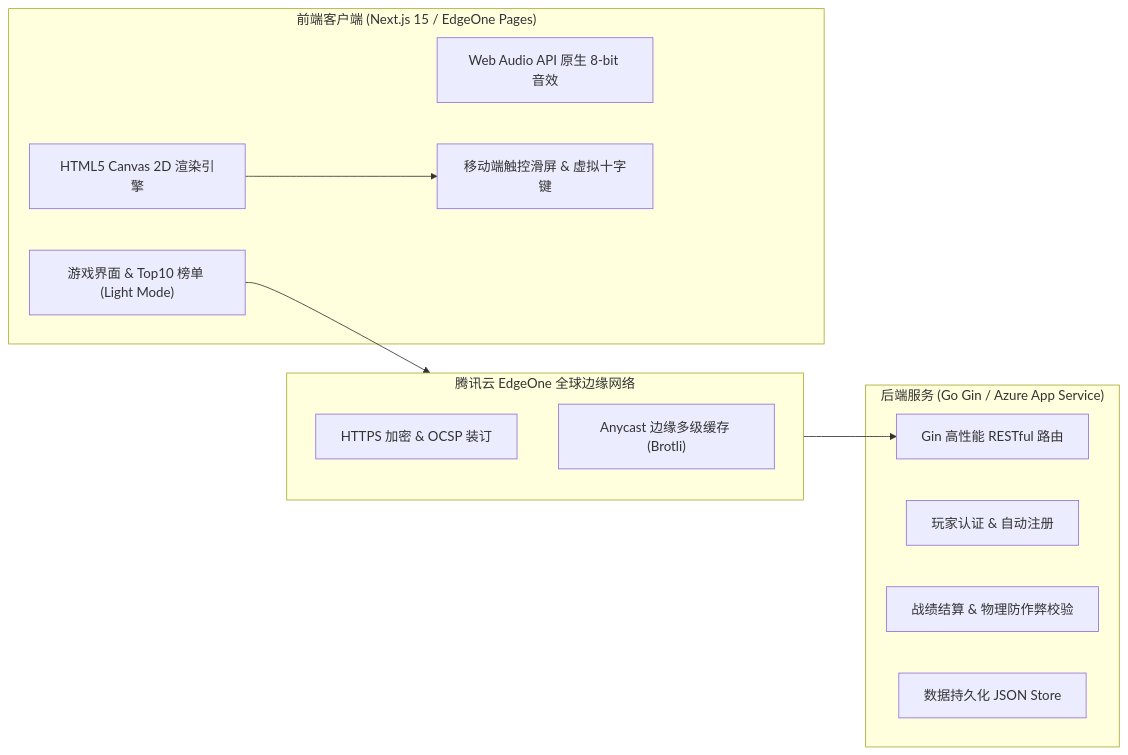
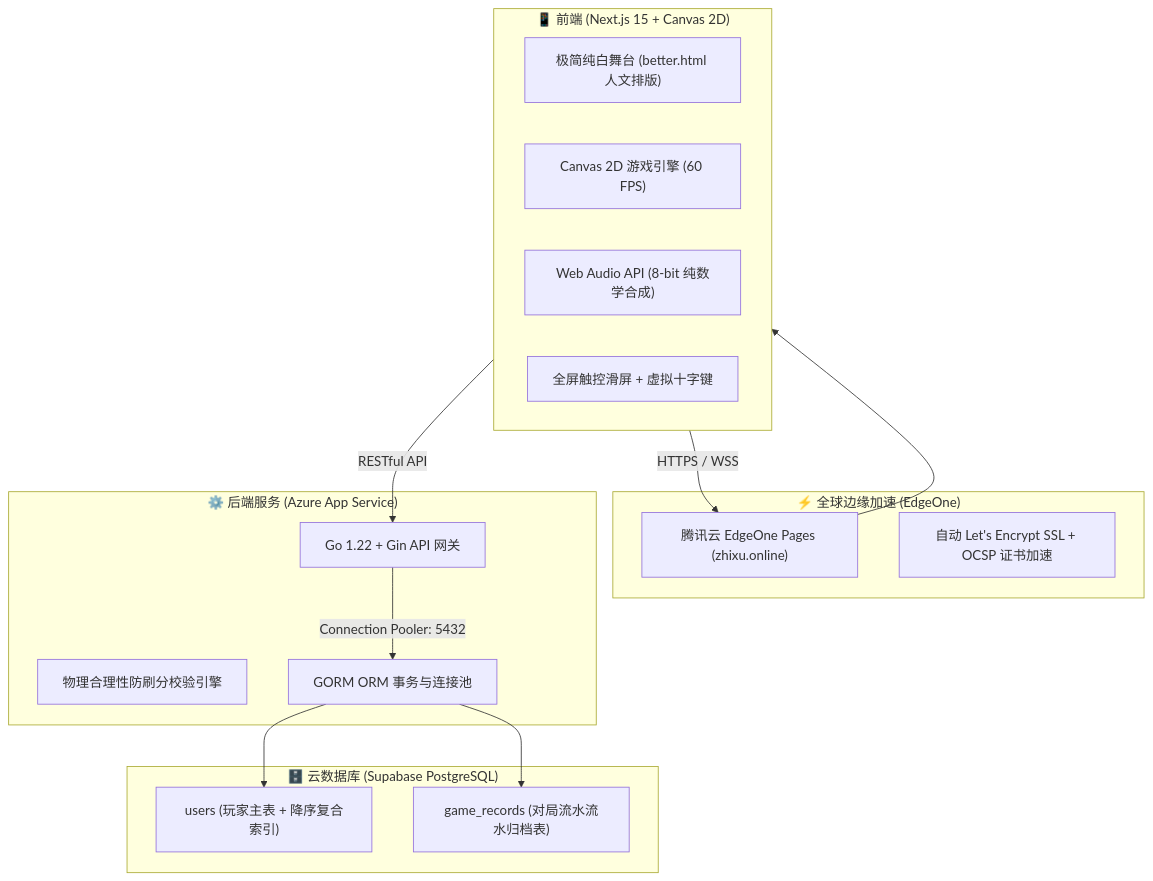
The diagram in README.md (LFK404/TanChiShe), drawn with Mermaid before and after one commit. The commit also changed other lines of this file and 4 other files, not shown here.

````diff
--- a/README.md
+++ b/README.md
@@ -30,24 +15,32 @@
 ```mermaid
-graph LR
-    subgraph Client ["前端客户端 (Next.js 15 / EdgeOne Pages)"]
-        UI["游戏界面 & Top10 榜单 (Light Mode)"]
-        Canvas["HTML5 Canvas 2D 渲染引擎"]
-        Audio["Web Audio API 原生 8-bit 音效"]
-        Touch["移动端触控滑屏 & 虚拟十字键"]
+flowchart TD
+    subgraph Client["📱 前端 (Next.js 15 + Canvas 2D)"]
+        UI["极简纯白舞台 (better.html 人文排版)"]
+        Engine["Canvas 2D 游戏引擎 (60 FPS)"]
+        Audio["Web Audio API (8-bit 纯数学合成)"]
+        Touch["全屏触控滑屏 + 虚拟十字键"]
     end
 
-    subgraph CDN ["腾讯云 EdgeOne 全球边缘网络"]
-        SSL["HTTPS 加密 & OCSP 装订"]
-        Cache["Anycast 边缘多级缓存 (Brotli)"]
+    subgraph CDN["⚡ 全球边缘加速 (EdgeOne)"]
+        EO["腾讯云 EdgeOne Pages (zhixu.online)"]
+        SSL["自动 Let's Encrypt SSL + OCSP 证书加速"]
     end
 
-    subgraph Backend ["后端服务 (Go Gin / Azure App Service)"]
-        Router["Gin 高性能 RESTful 路由"]
-        Auth["玩家认证 & 自动注册"]
-        Settle["战绩结算 & 物理防作弊校验"]
-        Store["数据持久化 JSON Store"]
+    subgraph Backend["⚙️ 后端服务 (Azure App Service)"]
+        Gin["Go 1.22 + Gin API 网关"]
+        AntiCheat["物理合理性防刷分校验引擎"]
+        GORM["GORM ORM 事务与连接池"]
     end
 
-    UI --> CDN --> Router
-    Canvas --> Touch
+    subgraph Database["🗄️ 云数据库 (Supabase PostgreSQL)"]
+        UsersTable["users (玩家主表 + 降序复合索引)"]
+        RecordsTable["game_records (对局流水流水归档表)"]
+    end
+
+    Client -->|HTTPS / WSS| EO
+    EO --> Client
+    Client -->|RESTful API| Gin
+    Gin -->|Connection Pooler: 5432| GORM
+    GORM --> UsersTable
+    GORM --> RecordsTable
 ```
````
